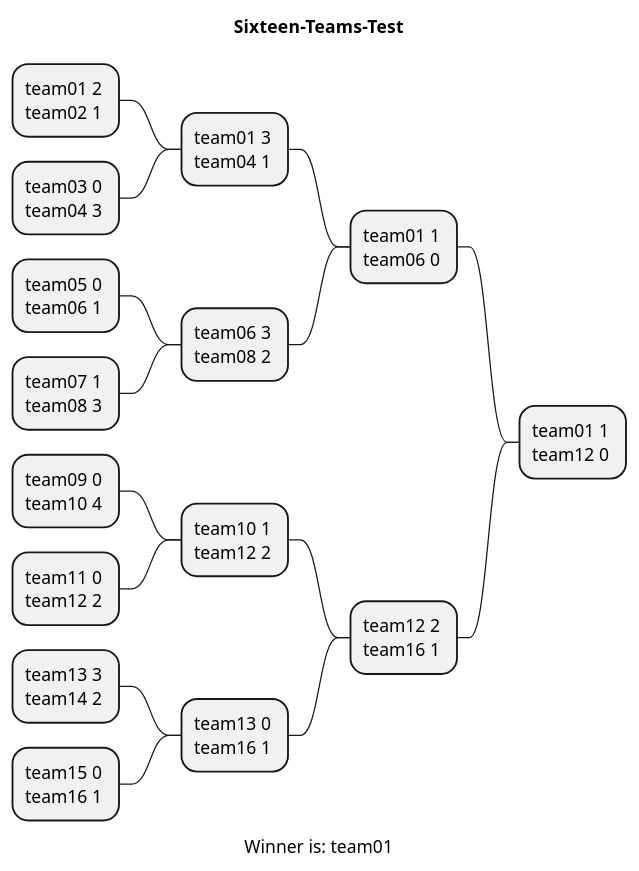
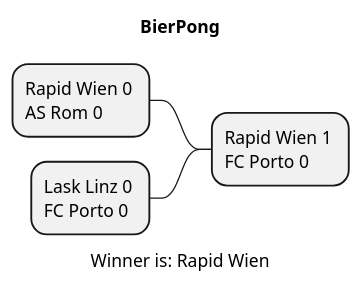
The diagram in asciidocs/plantuml/Result.puml (htl-leonding-project/2022-4ahif-autohaus), drawn with PlantUML before and after one commit. The commit also changed 4 other files, not shown here.

```diff
--- a/asciidocs/plantuml/Result.puml
+++ b/asciidocs/plantuml/Result.puml
@@ -1,34 +1,10 @@
-@startmindmap Sixteen-Teams-Test.png
-title Sixteen-Teams-Test
+@startmindmap BierPong.png
+title BierPong
 
-- team01 1 \nteam12 0
+- Rapid Wien 1 \nFC Porto 0
 
--- team01 1 \nteam06 0
+-- Rapid Wien 0 \nAS Rom 0
 
---- team01 3 \nteam04 1
-
----- team01 2 \nteam02 1
-
----- team03 0 \nteam04 3
-
---- team06 3 \nteam08 2
-
----- team05 0 \nteam06 1
-
----- team07 1 \nteam08 3
-
--- team12 2 \nteam16 1
-
---- team10 1 \nteam12 2
-
----- team09 0 \nteam10 4
-
----- team11 0 \nteam12 2
-
---- team13 0 \nteam16 1
-
----- team13 3 \nteam14 2
-
----- team15 0 \nteam16 1
-caption Winner is: team01
+-- Lask Linz 0 \nFC Porto 0
+caption Winner is: Rapid Wien
 @endmindmap
```
